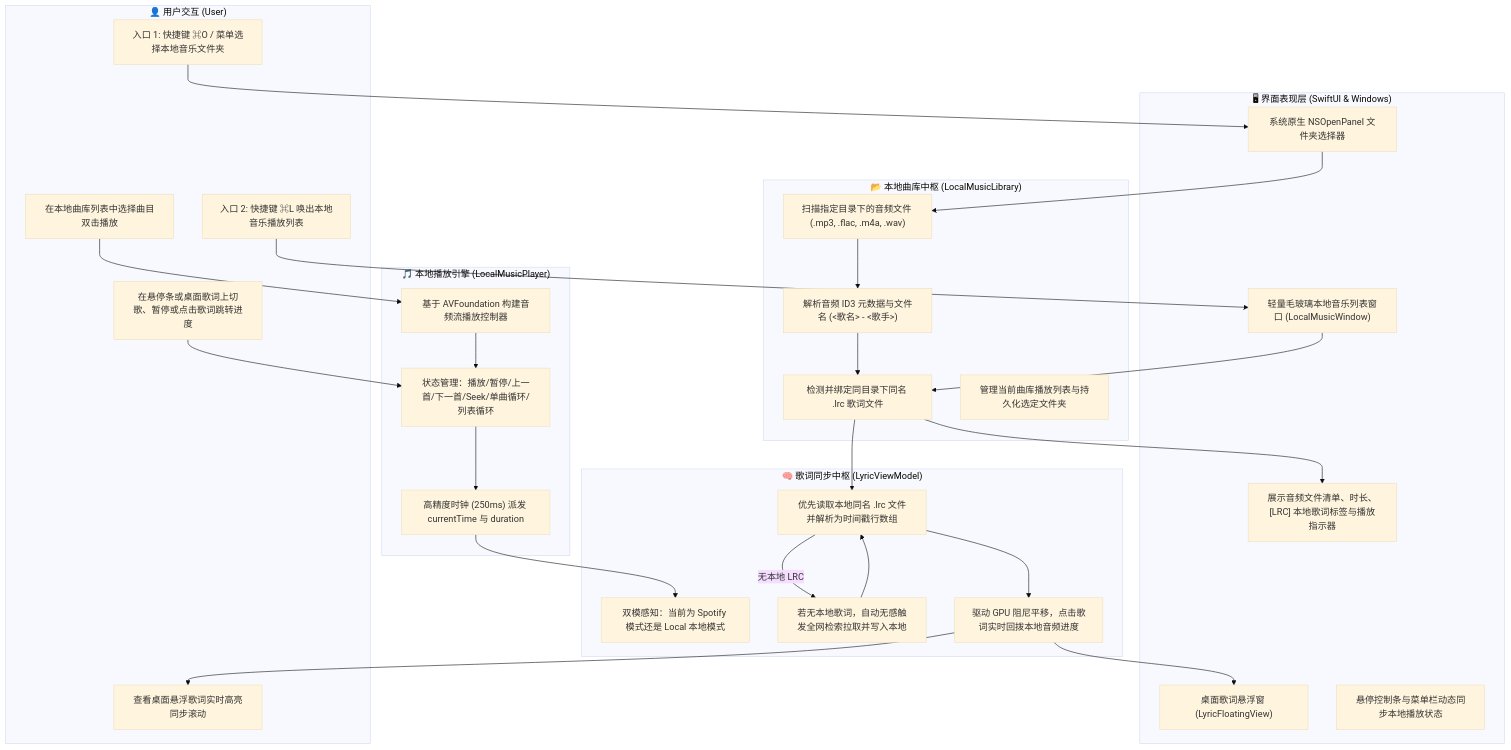
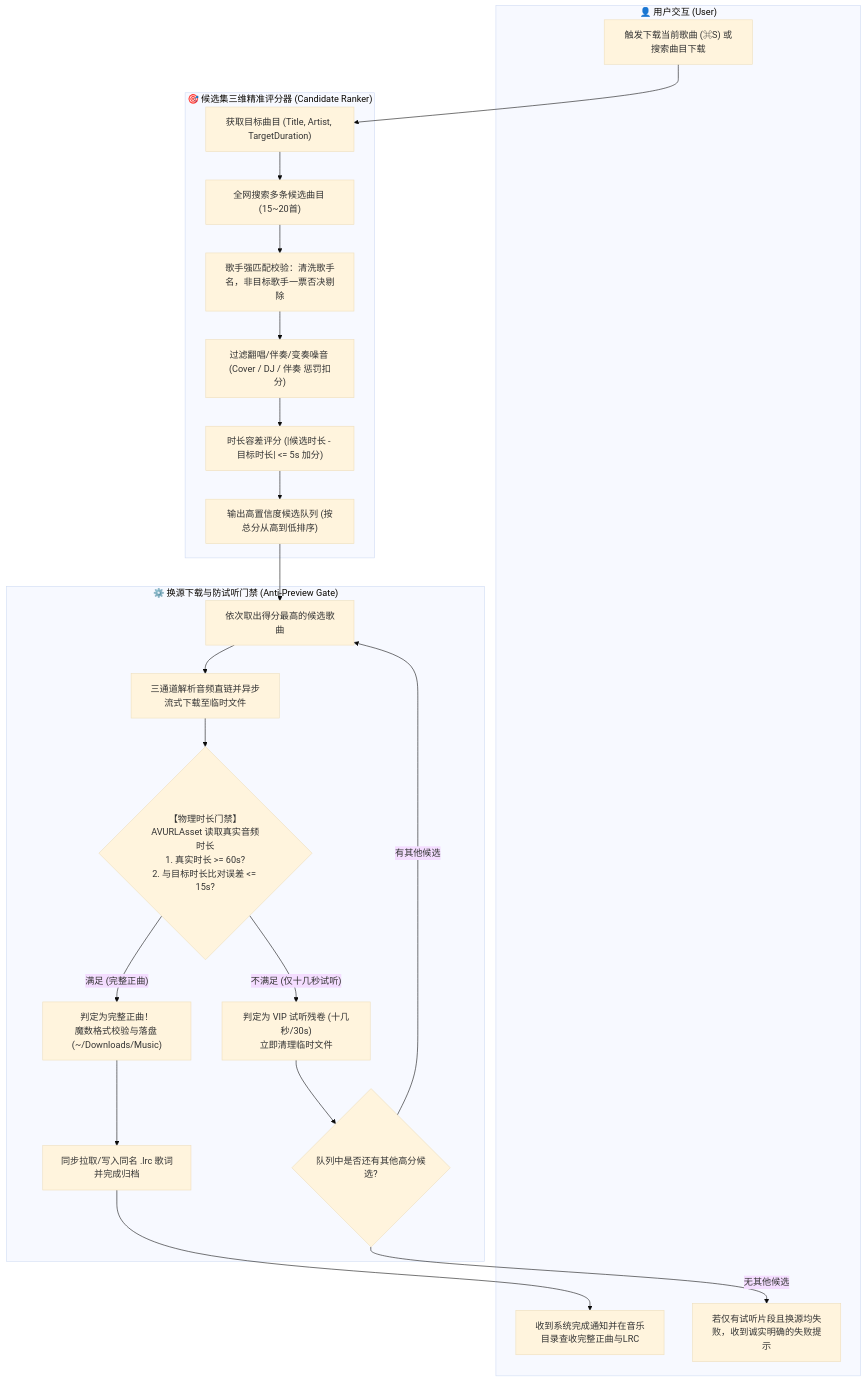
One commit to MOBAI6/SpotifyLyrics changed the first of 2 diagrams in docs/SPEC.md. Above: the diagram before and after it, drawn with Mermaid (base theme). The commit also changed other lines of this file and 1 other file, not shown here.

Commit message:
fix: implement AntiPreviewGate and MultiFactorScorer for accurate artist matching and full audio download

````diff
--- a/docs/SPEC.md
+++ b/docs/SPEC.md
@@ -9,49 +9,34 @@
 ```mermaid
 flowchart TD
     subgraph User["👤 用户交互 (User)"]
-        A1["入口 1: 快捷键 ⌘O / 菜单选择本地音乐文件夹"]
-        A2["入口 2: 快捷键 ⌘L 唤出本地音乐播放列表"]
-        A3["在本地曲库列表中选择曲目双击播放"]
-        A4["在悬停条或桌面歌词上切歌、暂停或点击歌词跳转进度"]
-        A5["查看桌面悬浮歌词实时高亮同步滚动"]
+        A1["触发下载当前歌曲 (⌘S) 或搜索曲目下载"]
+        A2["收到系统完成通知并在音乐目录查收完整正曲与LRC"]
+        A3["若仅有试听片段且换源均失败，收到诚实明确的失败提示"]
     end
 
-    subgraph UI["🖥 界面表现层 (SwiftUI & Windows)"]
-        B1["系统原生 NSOpenPanel 文件夹选择器"]
-        B2["轻量毛玻璃本地音乐列表窗口 (LocalMusicWindow)"]
-        B3["展示音频文件清单、时长、[LRC] 本地歌词标签与播放指示器"]
-        B4["桌面歌词悬浮窗 (LyricFloatingView)"]
-        B5["悬停控制条与菜单栏动态同步本地播放状态"]
+    subgraph CandidateRanker["🎯 候选集三维精准评分器 (Candidate Ranker)"]
+        B1["获取目标曲目 (Title, Artist, TargetDuration)"]
+        B2["全网搜索多条候选曲目 (15~20首)"]
+        B3["歌手强匹配校验：清洗歌手名，非目标歌手一票否决剔除"]
+        B4["过滤翻唱/伴奏/变奏噪音 (Cover / DJ / 伴奏 惩罚扣分)"]
+        B5["时长容差评分 (|候选时长 - 目标时长| <= 5s 加分)"]
+        B6["输出高置信度候选队列 (按总分从高到低排序)"]
     end
 
-    subgraph LocalLibrary["📂 本地曲库中枢 (LocalMusicLibrary)"]
-        C1["扫描指定目录下的音频文件 (.mp3, .flac, .m4a, .wav)"]
-        C2["解析音频 ID3 元数据与文件名 (<歌名> - <歌手>)"]
-        C3["检测并绑定同目录下同名 .lrc 歌词文件"]
-        C4["管理当前曲库播放列表与持久化选定文件夹"]
+    subgraph DownloadPipeline["⚙️ 换源下载与防试听门禁 (Anti-Preview Gate)"]
+        C1["依次取出得分最高的候选歌曲"]
+        C2["三通道解析音频直链并异步流式下载至临时文件"]
+        C3{"【物理时长门禁】\nAVURLAsset 读取真实音频时长\n1. 真实时长 >= 60s?\n2. 与目标时长比对误差 <= 15s?"}
+        C4["判定为 VIP 试听残卷 (十几秒/30s)\n立即清理临时文件"]
+        C5{"队列中是否还有其他高分候选?"}
+        C6["判定为完整正曲！\n魔数格式校验与落盘 (~/Downloads/Music)"]
+        C7["同步拉取/写入同名 .lrc 歌词并完成归档"]
     end
 
-    subgraph AudioEngine["🎵 本地播放引擎 (LocalMusicPlayer)"]
-        D1["基于 AVFoundation 构建音频流播放控制器"]
-        D2["状态管理：播放/暂停/上一首/下一首/Seek/单曲循环/列表循环"]
-        D3["高精度时钟 (250ms) 派发 currentTime 与 duration"]
-    end
-
-    subgraph LyricSync["🧠 歌词同步中枢 (LyricViewModel)"]
-        E1["双模感知：当前为 Spotify 模式还是 Local 本地模式"]
-        E2["优先读取本地同名 .lrc 文件并解析为时间戳行数组"]
-        E3["若无本地歌词，自动无感触发全网检索拉取并写入本地"]
-        E4["驱动 GPU 阻尼平移，点击歌词实时回拨本地音频进度"]
-    end
-
-    A1 --> B1 --> C1
-    A2 --> B2 --> C3
-    C1 --> C2 --> C3 --> B3
-    A3 --> D1
-    D1 --> D2 --> D3
-    D3 --> E1
-    C3 --> E2 --> E4 --> B4
-    E2 -- "无本地 LRC" --> E3 --> E2
-    A4 --> D2
-    E4 --> A5
+    A1 --> B1 --> B2 --> B3 --> B4 --> B5 --> B6
+    B6 --> C1 --> C2 --> C3
+    C3 -- "不满足 (仅十几秒试听)" --> C4 --> C5
+    C5 -- "有其他候选" --> C1
+    C5 -- "无其他候选" --> A3
+    C3 -- "满足 (完整正曲)" --> C6 --> C7 --> A2
 ```
````
